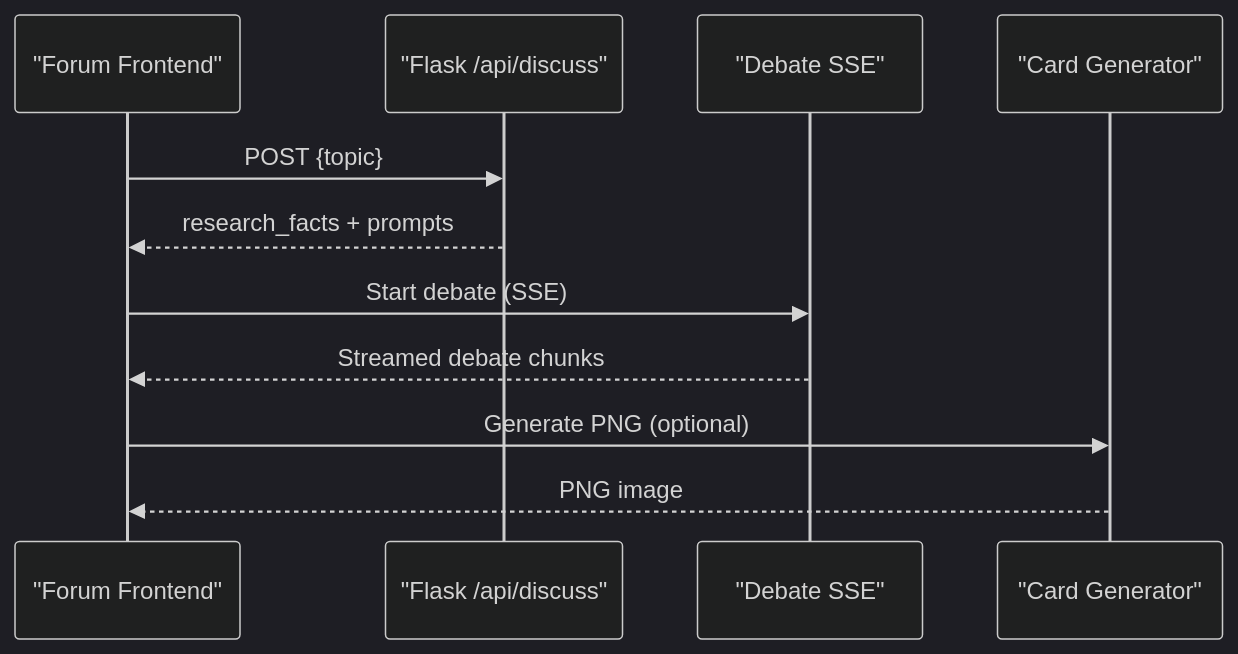
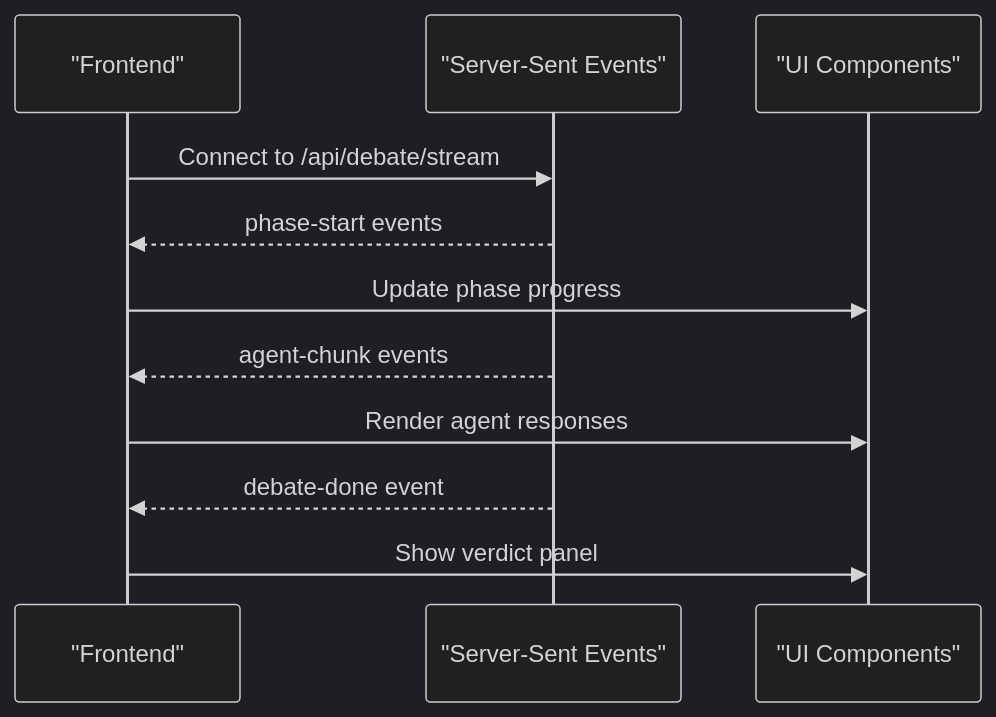
Before and after one commit to RunTimeAdmin/tri-ai: the fourth of 5 diagrams in .qoder/repowiki/en/content/Research & Discussion Platform/Research & Discussion Platform.md, drawn with Mermaid (dark theme). The commit also changed other lines of this file and 21 other files, not shown here.

````diff
--- a/.qoder/repowiki/en/content/Research & Discussion Platform/Research & Discussion Platform.md
+++ b/.qoder/repowiki/en/content/Research & Discussion Platform/Research & Discussion Platform.md
@@ -223,13 +180,13 @@
 ```mermaid
 sequenceDiagram
-participant FE as "Forum Frontend"
-participant API as "Flask /api/discuss"
-participant SSE as "Debate SSE"
-participant Card as "Card Generator"
-FE->>API : POST {topic}
-API-->>FE : research_facts + prompts
-FE->>SSE : Start debate (SSE)
-SSE-->>FE : Streamed debate chunks
-FE->>Card : Generate PNG (optional)
-Card-->>FE : PNG image
+participant FE as "Frontend"
+participant SSE as "Server-Sent Events"
+participant UI as "UI Components"
+FE->>SSE : Connect to /api/debate/stream
+SSE-->>FE : phase-start events
+FE->>UI : Update phase progress
+SSE-->>FE : agent-chunk events
+FE->>UI : Render agent responses
+SSE-->>FE : debate-done event
+FE->>UI : Show verdict panel
 ```
````
